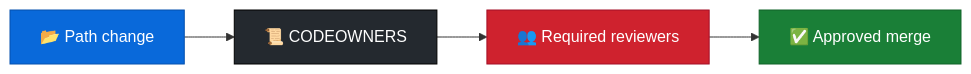
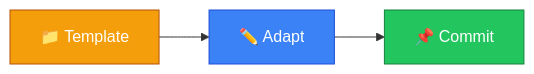
One commit to manansbdb/codeowners-patterns changed the diagram in README.md. Above: the diagram before and after it, drawn with Mermaid. The commit also changed other lines of this file and 1 other file, not shown here.

Commit message:
docs: polish README (banner, badges, mermaid, EN+PT)

````diff
--- a/README.md
+++ b/README.md
@@ -28,10 +27,8 @@
 ```mermaid
 flowchart LR
-  A["📂 Path change"] --> B["📜 CODEOWNERS"]
-  B --> C["👥 Required reviewers"]
-  C --> D["✅ Approved merge"]
-  style A fill:#0969da,stroke:#0550ae,color:#fff
-  style B fill:#24292f,stroke:#000,color:#fff
-  style C fill:#cf222e,stroke:#a40e26,color:#fff
-  style D fill:#1a7f37,stroke:#116329,color:#fff
+  A["📁 Template"] --> B["✏️ Adapt"]
+  B --> C["📌 Commit"]
+  style A fill:#f59e0b,stroke:#b45309,color:#fff
+  style B fill:#3b82f6,stroke:#1d4ed8,color:#fff
+  style C fill:#22c55e,stroke:#15803d,color:#fff
 ```
````
